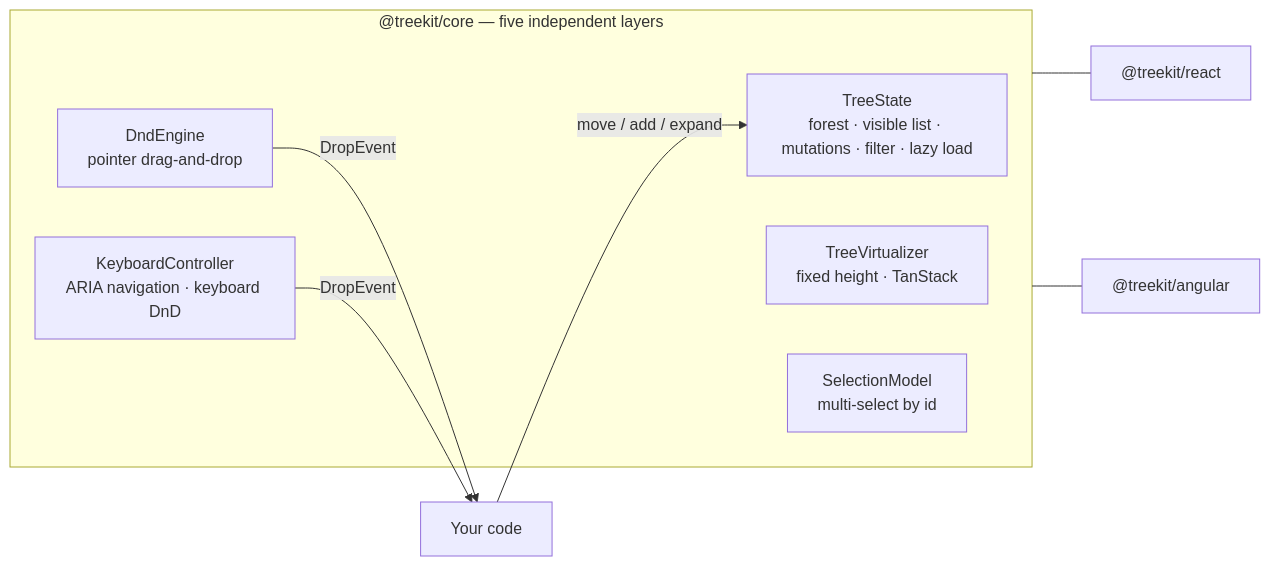
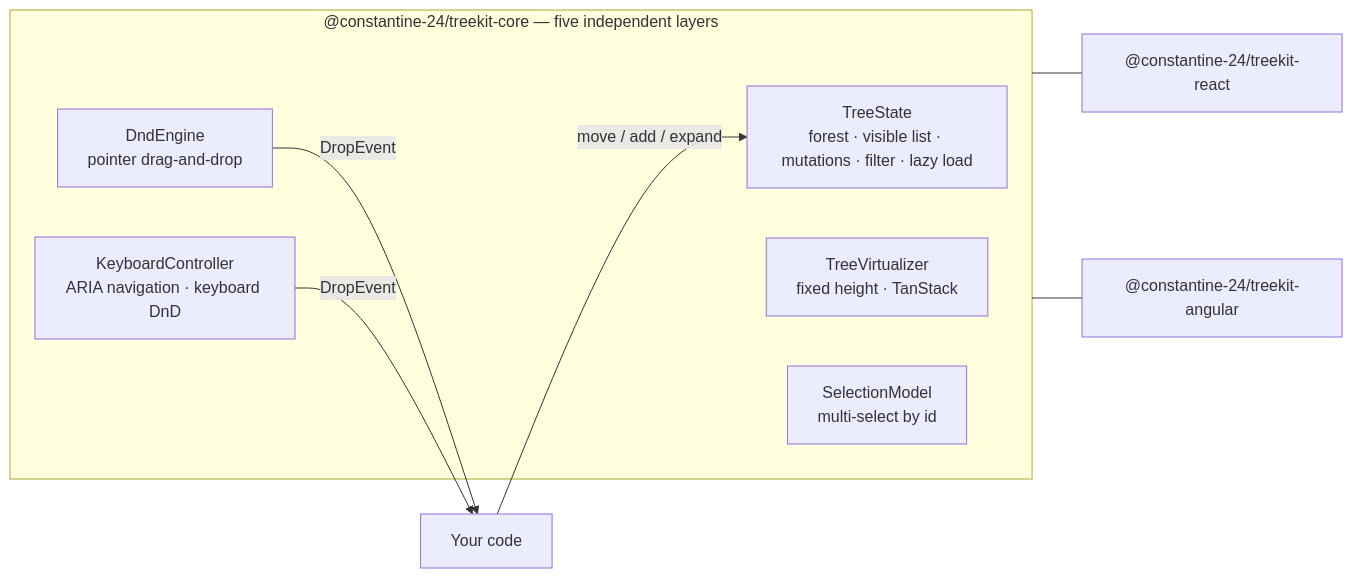
Before and after one commit to Constantine-24/treekit: the diagram in README.md, drawn with Mermaid. The commit also changed other lines of this file and 96 other files, not shown here.

````diff
--- a/README.md
+++ b/README.md
@@ -196,15 +196,15 @@
 ```mermaid
 flowchart LR
-  subgraph core["@treekit/core — five independent layers"]
+  subgraph core["@constantine-24/treekit-core — five independent layers"]
     S[TreeState<br/>forest · visible list · mutations · filter · lazy load]
     V[TreeVirtualizer<br/>fixed height · TanStack]
     D[DndEngine<br/>pointer drag-and-drop]
     K[KeyboardController<br/>ARIA navigation · keyboard DnD]
     M[SelectionModel<br/>multi-select by id]
   end
   D -- DropEvent --> App[Your code]
   K -- DropEvent --> App
   App -- "move / add / expand" --> S
-  core --- R["@treekit/react"]
-  core --- A["@treekit/angular"]
+  core --- R["@constantine-24/treekit-react"]
+  core --- A["@constantine-24/treekit-angular"]
 ```
````
